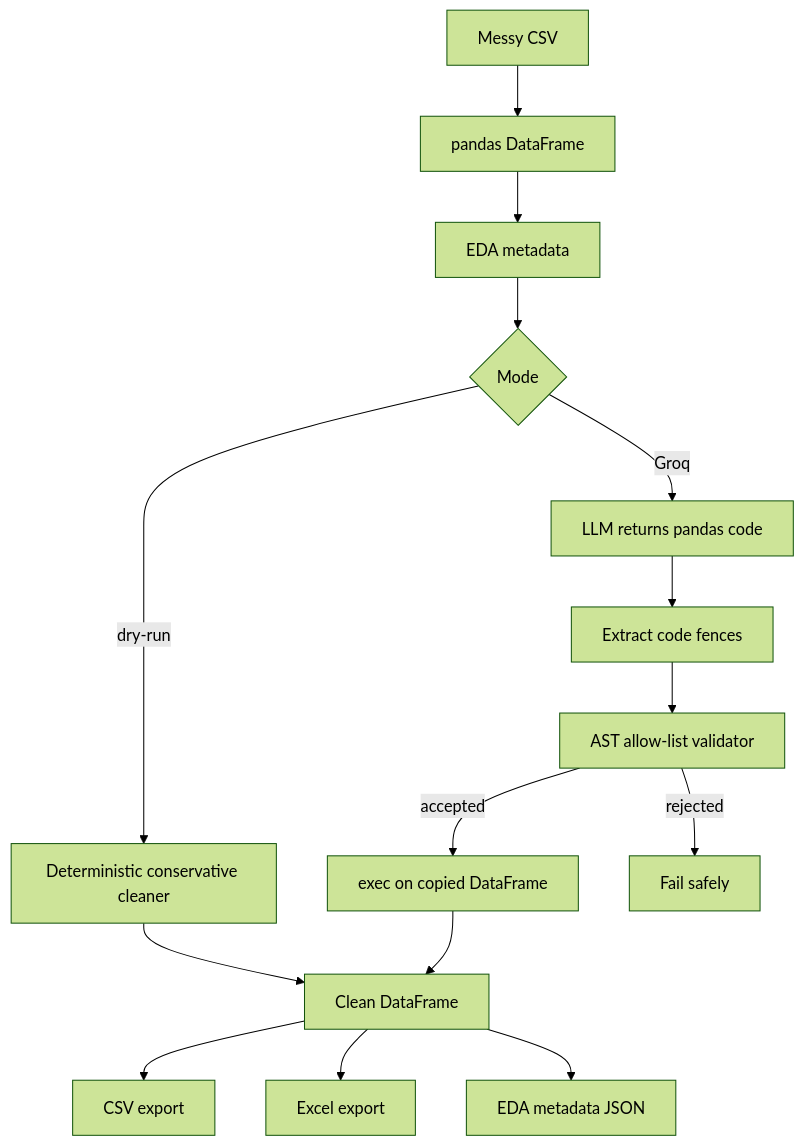
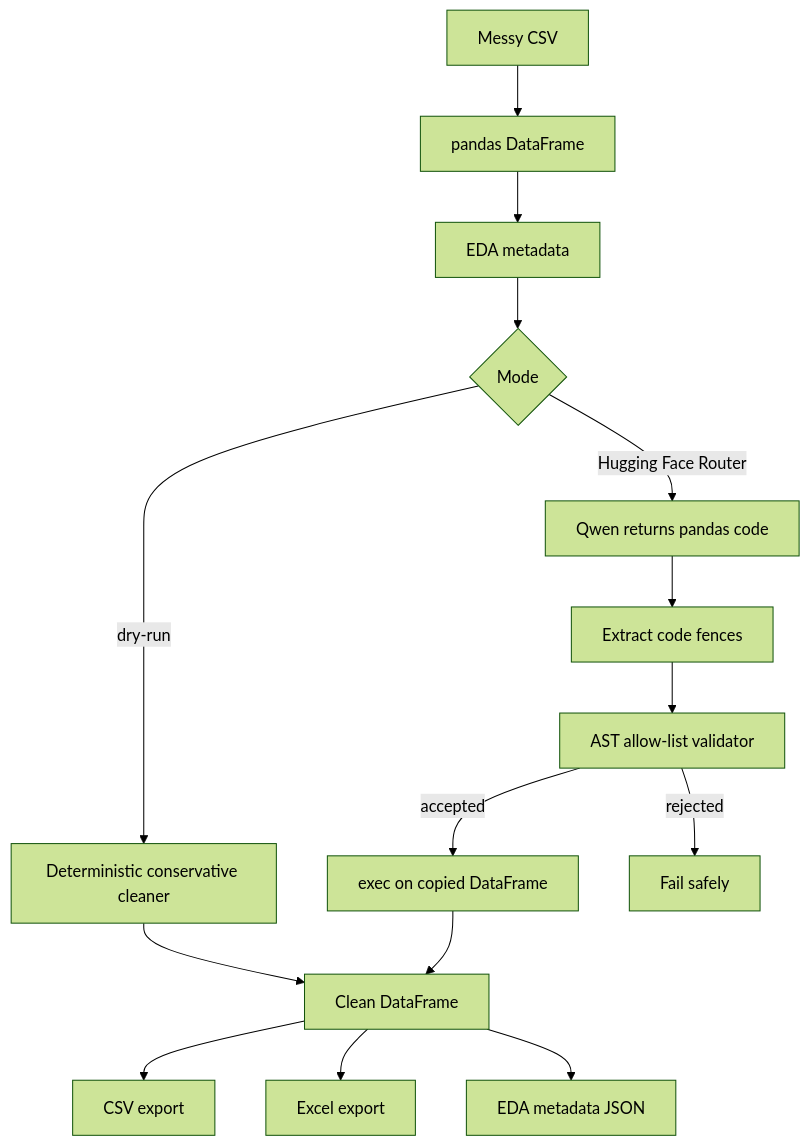
One commit to shallow2024/Day8-autonomous-csv-data-cleaner-eda-engine changed the diagram in docs/architecture.md. Above: the diagram before and after it, drawn with Mermaid (forest theme). The commit also changed other lines of this file and 4 other files, not shown here.

````diff
--- a/docs/architecture.md
+++ b/docs/architecture.md
@@ -3,17 +3,17 @@
 ```mermaid
 flowchart TD
     A[Messy CSV] --> B[pandas DataFrame]
     B --> C[EDA metadata]
     C --> D{Mode}
     D -->|dry-run| E[Deterministic conservative cleaner]
-    D -->|Groq| F[LLM returns pandas code]
+    D -->|Hugging Face Router| F[Qwen returns pandas code]
     F --> G[Extract code fences]
     G --> H[AST allow-list validator]
     H -->|accepted| I[exec on copied DataFrame]
     H -->|rejected| J[Fail safely]
     E --> K[Clean DataFrame]
     I --> K
     K --> L[CSV export]
     K --> M[Excel export]
     K --> N[EDA metadata JSON]
 ```
````
